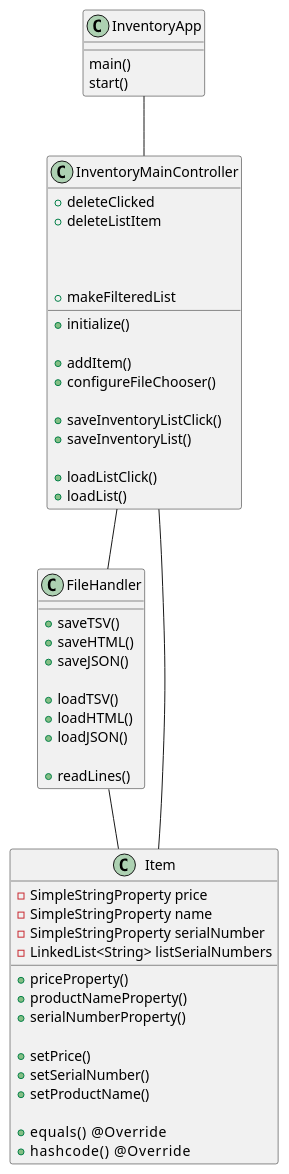
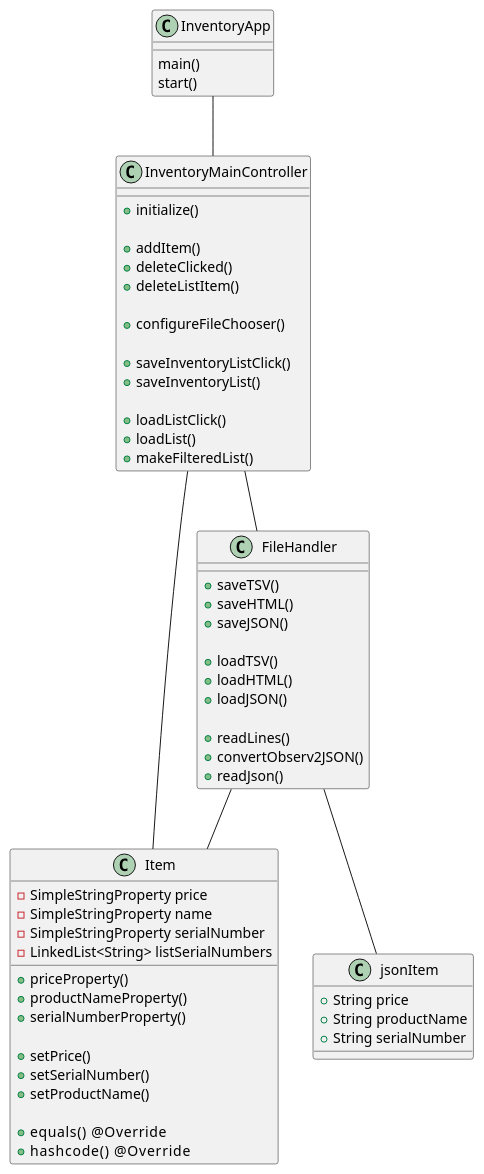
The diagram in UML/InventoryApp.puml (AndresCKF/Rosales-7752-a5), drawn with PlantUML before and after one commit. The commit also changed 1 other file, not shown here.

Commit message:
Touching up PlantUML

```diff
--- a/UML/InventoryApp.puml
+++ b/UML/InventoryApp.puml
@@ -1,57 +1,65 @@
 @startuml
 class InventoryApp{
     main()
     start()
 }
 class FileHandler{
 
     +saveTSV()
     +saveHTML()
     +saveJSON()
 
     +loadTSV()
     +loadHTML()
     +loadJSON()
 
     +readLines()
+    +convertObserv2JSON()
+    +readJson()
 }
 class InventoryMainController{
     +initialize()
 
     +addItem()
-    +deleteClicked
-    +deleteListItem
+    +deleteClicked()
+    +deleteListItem()
 
     +configureFileChooser()
 
     +saveInventoryListClick()
     +saveInventoryList()
 
     +loadListClick()
     +loadList()
-    +makeFilteredList
+    +makeFilteredList()
 
 }
 class Item{
     -SimpleStringProperty price
     -SimpleStringProperty name
     -SimpleStringProperty serialNumber
     -LinkedList<String> listSerialNumbers
 
     +priceProperty()
     +productNameProperty()
     +serialNumberProperty()
 
     +setPrice()
     +setSerialNumber()
     +setProductName()
 
     +equals()    @Override
     +hashcode()     @Override
 
 }
+class jsonItem{
+    +String price
+    +String productName
+    +String serialNumber
+}
 InventoryApp -- InventoryMainController
 InventoryMainController -- FileHandler
 InventoryMainController -- Item
 FileHandler -- Item
+FileHandler -- jsonItem
 @enduml
```
